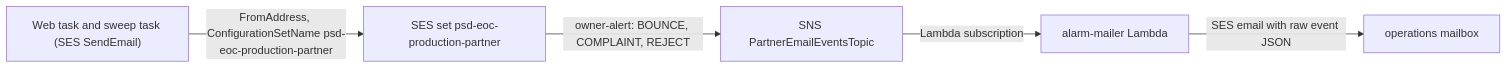
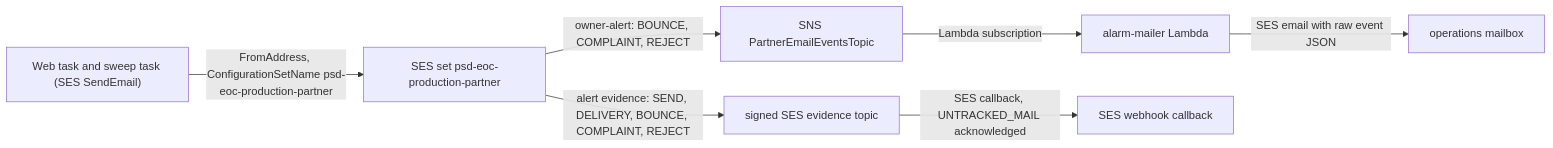
Before and after one commit to psd401/psd-eoc: the third of 3 diagrams in openwiki/domain/partner-access.md, drawn with Mermaid. The commit also changed other lines of this file and 8 other files, not shown here.

````diff
--- a/openwiki/domain/partner-access.md
+++ b/openwiki/domain/partner-access.md
@@ -135,7 +138,9 @@
 ```mermaid
 flowchart LR
   Web["Web task and sweep task (SES SendEmail)"] -->|"FromAddress, ConfigurationSetName psd-eoc-production-partner"| Set["SES set psd-eoc-production-partner"]
   Set -->|"owner-alert: BOUNCE, COMPLAINT, REJECT"| Topic["SNS PartnerEmailEventsTopic"]
   Topic -->|"Lambda subscription"| Mailer["alarm-mailer Lambda"]
   Mailer -->|"SES email with raw event JSON"| Ops["operations mailbox"]
+  Set -->|"alert evidence: SEND, DELIVERY, BOUNCE, COMPLAINT, REJECT"| Evidence["signed SES evidence topic"]
+  Evidence -->|"SES callback, UNTRACKED_MAIL acknowledged"| Callback["SES webhook callback"]
 ```
````
